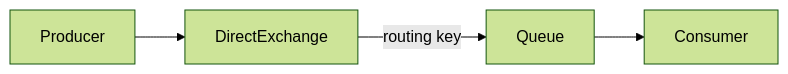
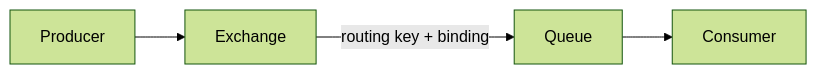
One commit to cmartinezs/DSY1107-DESARROLLO-CLOUD-NATIVE-I-2026-2 changed the first of 2 diagrams in semanas/semana-08/03-exchange-binding-routing-key.md. Above: the diagram before and after it, drawn with Mermaid (forest theme). The commit also changed other lines of this file, not shown here.

````diff
--- a/semanas/semana-08/03-exchange-binding-routing-key.md
+++ b/semanas/semana-08/03-exchange-binding-routing-key.md
@@ -5,6 +9,6 @@
 ```mermaid
 flowchart LR
-    P["Producer"] --> X["DirectExchange"]
-    X -->|"routing key"| Q["Queue"]
+    P["Producer"] --> X["Exchange"]
+    X -->|"routing key + binding"| Q["Queue"]
     Q --> C["Consumer"]
 ```
````
